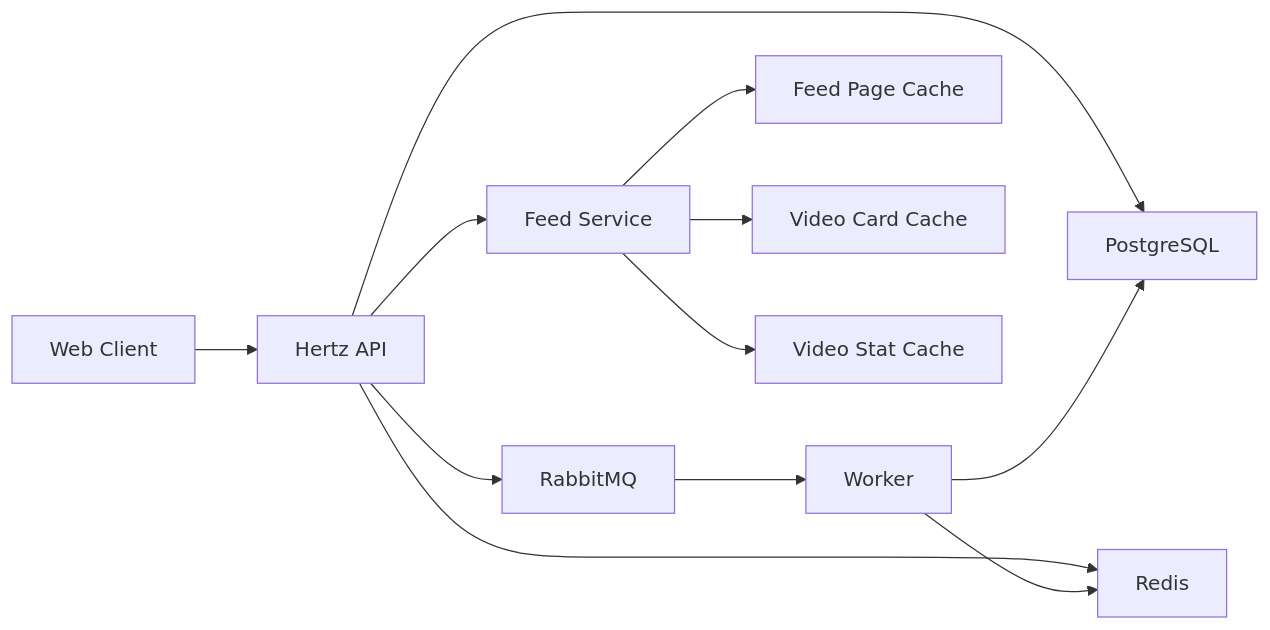
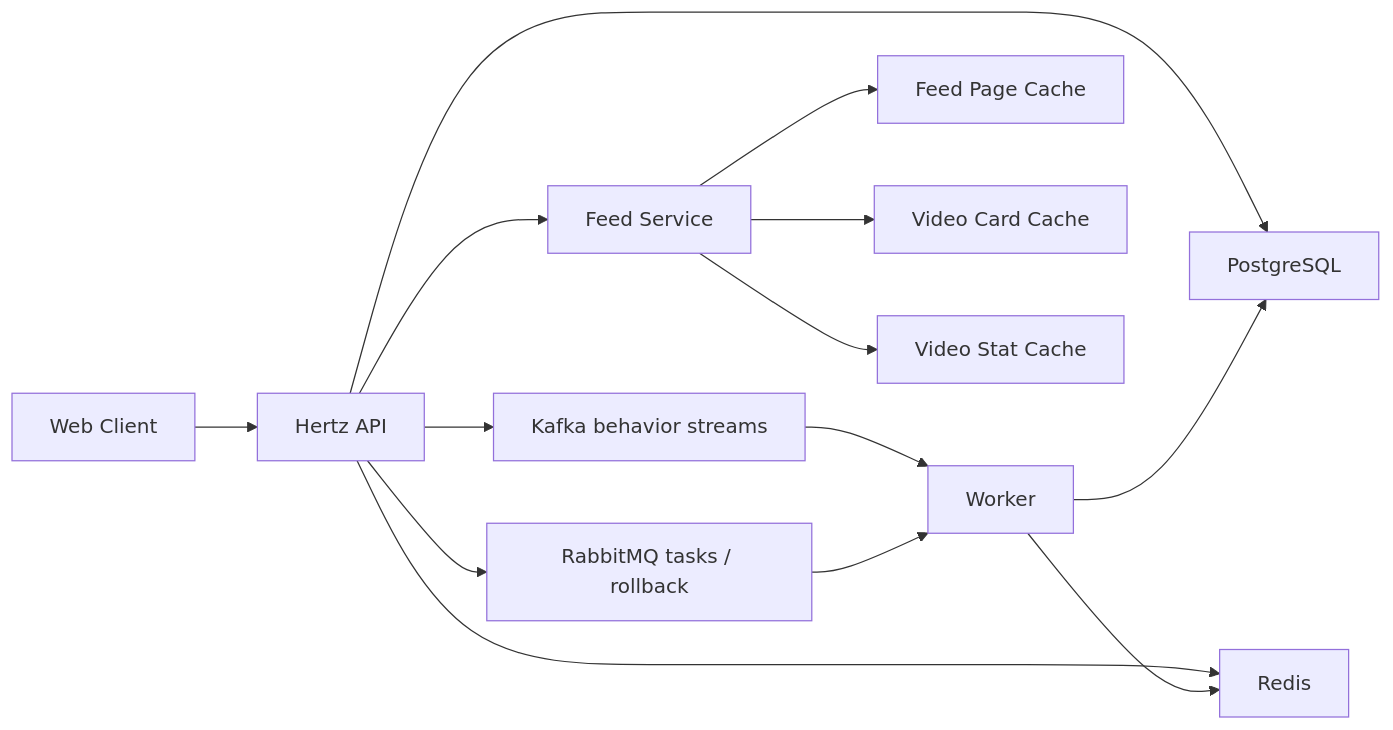
One commit to shiyudesu/frux changed the diagram in docs/optimization.md. Above: the diagram before and after it, drawn with Mermaid. The commit also changed other lines of this file and 39 other files, not shown here.

Commit message:
feat(messaging): migrate behavior events to Kafka

````diff
--- a/docs/optimization.md
+++ b/docs/optimization.md
@@ -15,15 +15,17 @@
 ```mermaid
 flowchart LR
     Client["Web Client"] --> API["Hertz API"]
     API --> PostgreSQL["PostgreSQL"]
     API --> Redis["Redis"]
-    API --> RabbitMQ["RabbitMQ"]
-    RabbitMQ --> Worker["Worker"]
+    API --> Kafka["Kafka behavior streams"]
+    API --> RabbitMQ["RabbitMQ tasks / rollback"]
+    Kafka --> Worker["Worker"]
+    RabbitMQ --> Worker
     Worker --> PostgreSQL
     Worker --> Redis
 
     API --> FeedService["Feed Service"]
     FeedService --> PageCache["Feed Page Cache"]
     FeedService --> CardCache["Video Card Cache"]
     FeedService --> StatCache["Video Stat Cache"]
 ```
````
